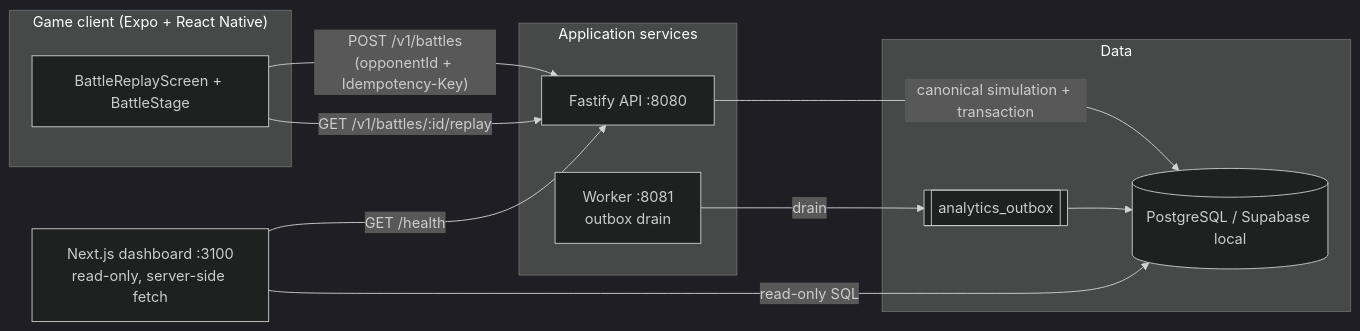
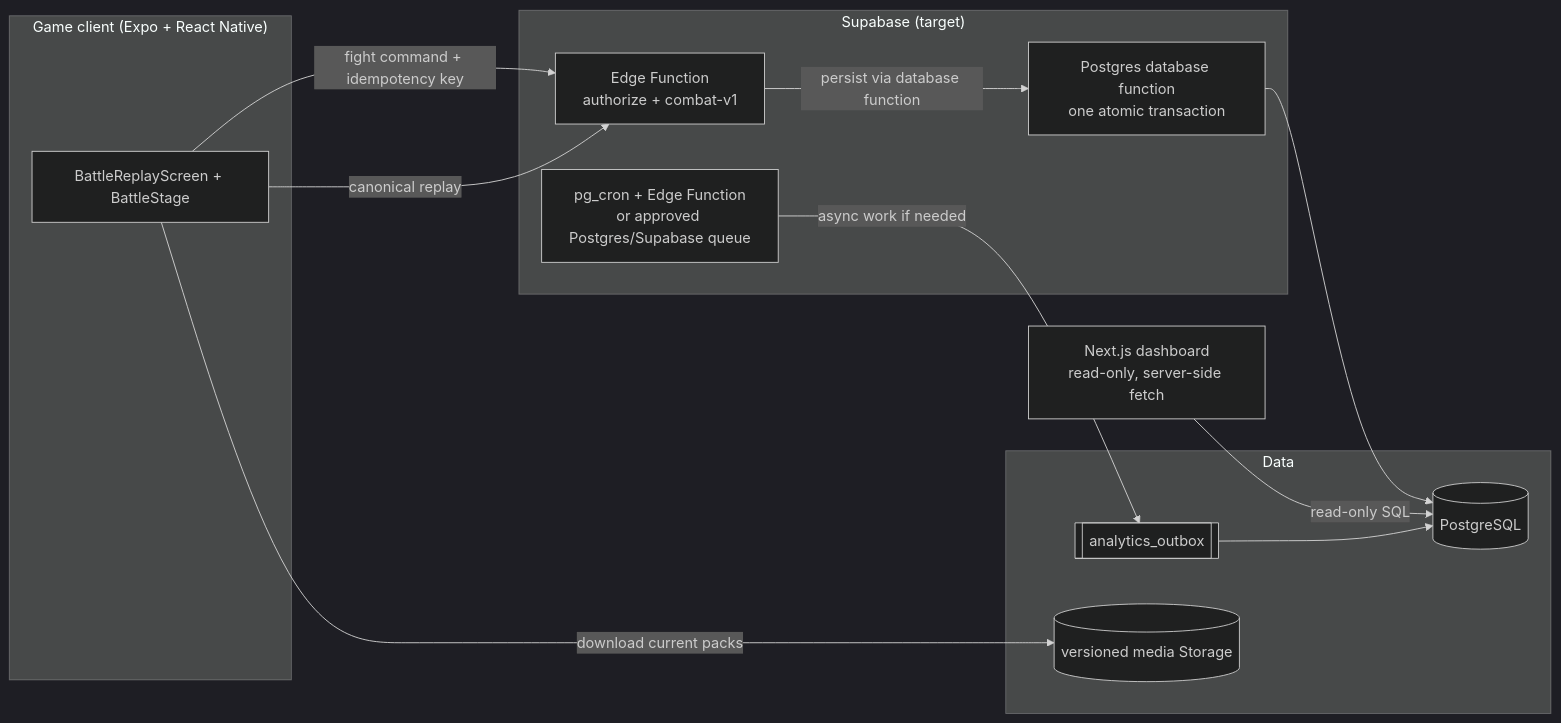
The first of 2 diagrams in docs/architecture/overview.md (gassius/botore), drawn with Mermaid (dark theme) before and after one commit. The commit also changed other lines of this file and 4 other files, not shown here.

First line of the commit message:
docs: align architecture report with 7 Nov 2026 decisions

````diff
--- a/docs/architecture/overview.md
+++ b/docs/architecture/overview.md
@@ -8,22 +19,24 @@
 ```mermaid
 flowchart LR
     subgraph client["Game client (Expo + React Native)"]
         UI[BattleReplayScreen + BattleStage]
     end
-    subgraph server["Application services"]
-        API[Fastify API :8080]
-        WORKER[Worker :8081<br/>outbox drain]
+    subgraph server["Supabase (target)"]
+        EF[Edge Function<br/>authorize + combat-v1]
+        DBFN[Postgres database function<br/>one atomic transaction]
+        CRON[pg_cron + Edge Function<br/>or approved Postgres/Supabase queue]
     end
     subgraph data["Data"]
-        PG[(PostgreSQL / Supabase local)]
+        PG[(PostgreSQL)]
+        ST[(versioned media Storage)]
         OUTBOX[[analytics_outbox]]
     end
-    DASH[Next.js dashboard :3100<br/>read-only, server-side fetch]
+    DASH[Next.js dashboard<br/>read-only, server-side fetch]
 
-    UI -- "POST /v1/battles<br/>(opponentId + Idempotency-Key)" --> API
-    UI -- "GET /v1/battles/:id/replay" --> API
-    API -- "canonical simulation + transaction" --> PG
-    WORKER -- "drain" --> OUTBOX --> PG
+    UI -- "fight command + idempotency key" --> EF
+    UI -- "canonical replay" --> EF
+    EF -- "persist via database function" --> DBFN --> PG
+    CRON -- "async work if needed" --> OUTBOX --> PG
+    UI -- "download current packs" --> ST
     DASH -- "read-only SQL" --> PG
-    DASH -- "GET /health" --> API
 ```
````
